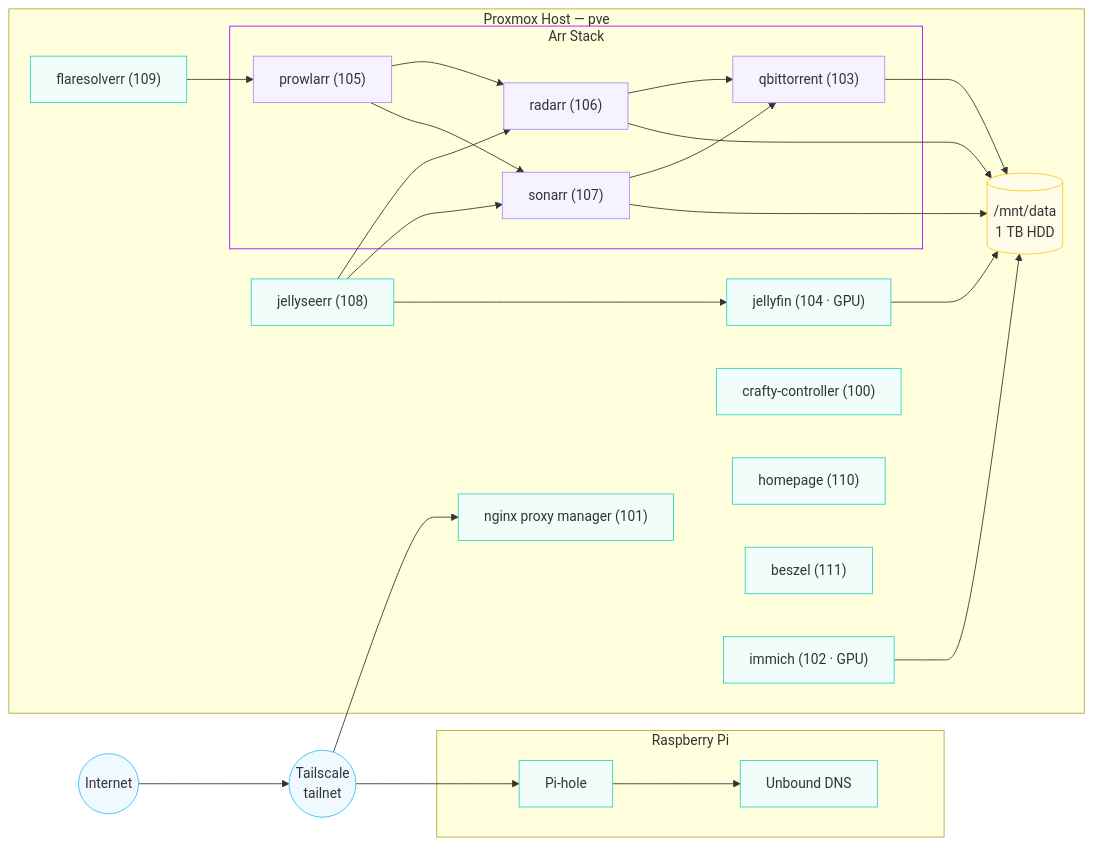
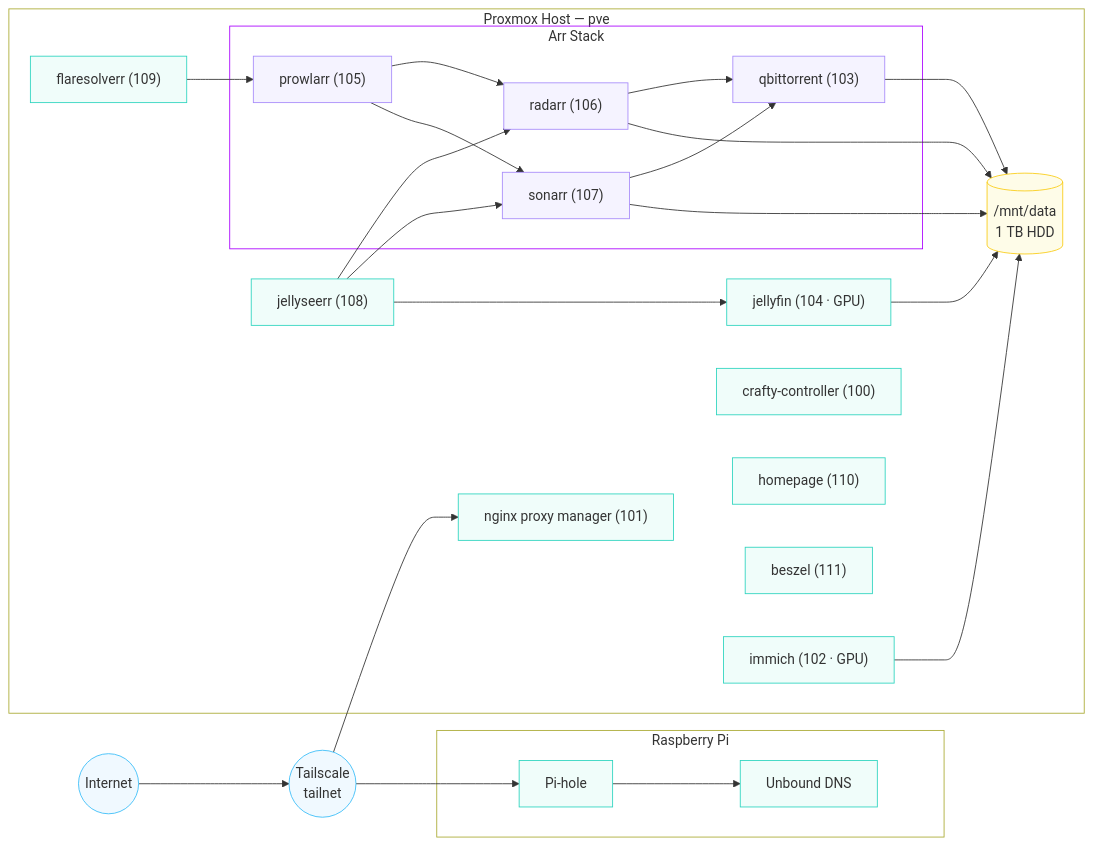
The diagram in diagrams/network.mmd (EthanFavis/Ethanet), drawn with Mermaid before and after one commit. The commit also changed 1 other file, not shown here.

```diff
--- a/diagrams/network.mmd
+++ b/diagrams/network.mmd
@@ -1,64 +1,66 @@
 flowchart LR
  subgraph Pi["Raspberry Pi"]
         Pihole["Pi‑hole"]
         Unbound["Unbound DNS"]
   end
  subgraph ARR["Arr Stack"]
         Prowlarr["prowlarr (105)"]
         Radarr["radarr (106)"]
         Sonarr["sonarr (107)"]
         QB["qbittorrent (103)"]
   end
  subgraph PVE["Proxmox Host — pve"]
         Homepage["homepage (110)"]
         NPM["nginx proxy manager (101)"]
         Crafty["crafty‑controller (100)"]
         Beszel["beszel (111)"]
         Flare["flaresolverr (109)"]
         ARR
         Seerr["jellyseerr (108)"]
         Jellyfin["jellyfin (104 · GPU)"]
         Immich["immich (102 · GPU)"]
         Storage[("/mnt/data<br>1 TB HDD")]
   end
     Internet(("Internet")) --> Tailnet(("Tailscale<br>tailnet"))
     Pihole --> Unbound
     Prowlarr --> Radarr & Sonarr
     Radarr --> QB & Storage
     Sonarr --> QB & Storage
     Tailnet --> Pihole & NPM
     Flare --> Prowlarr
     Seerr --> Radarr & Sonarr & Jellyfin
     QB --> Storage
     Jellyfin --> Storage
     Immich --> Storage
 
     %% invisible edges to anchor orphan containers near NPM
     NPM ~~~ Crafty
     NPM ~~~ Homepage
     NPM ~~~ Beszel
     NPM ~~~ Immich
 
      Internet:::network
      Tailnet:::network
      Pihole:::service
      Unbound:::service
      Homepage:::service
      NPM:::service
      Crafty:::service
      Beszel:::service
      Flare:::service
      Prowlarr:::media
      Radarr:::media
      Sonarr:::media
      QB:::media
      Seerr:::service
      Jellyfin:::service
      Immich:::service
      Storage:::storage
     classDef infra stroke:#818cf8,fill:#eef2ff
     classDef service stroke:#2dd4bf,fill:#f0fdfa
     classDef storage stroke:#facc15,fill:#fefce8
     classDef network stroke:#38bdf8,fill:#f0f9ff
     classDef media stroke:#a78bfa,fill:#f5f3ff
-    style ARR stroke:#AA00FF
+    style ARR stroke:#AA00FF,fill:transparent
+    style PVE fill:transparent
+    style Pi fill:transparent
```
